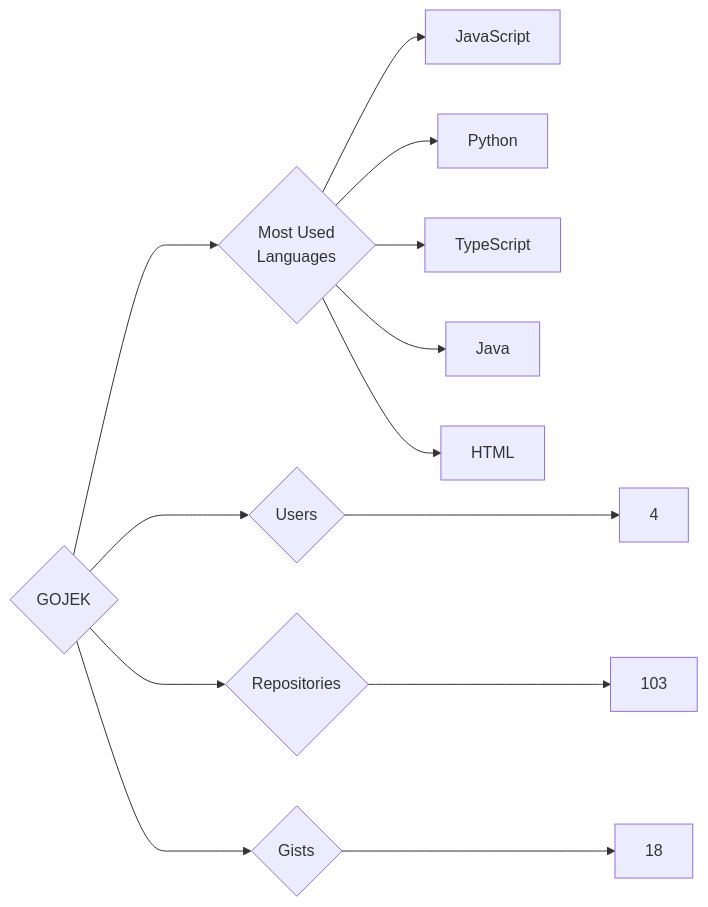
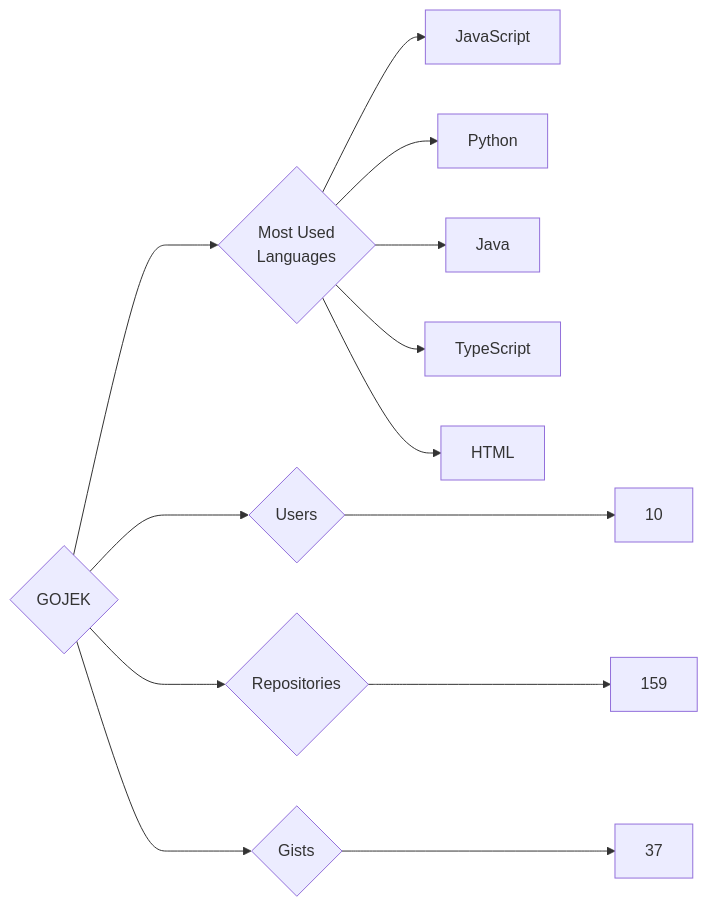
One commit to trickest/insiders changed the diagram in targets/GOJEK/README.md. Above: the diagram before and after it, drawn with Mermaid. The commit also changed 1175 other files, not shown here.

````diff
--- a/targets/GOJEK/README.md
+++ b/targets/GOJEK/README.md
@@ -3,13 +3,13 @@
 ```mermaid
 graph LR
 COMPANY_NAME{GOJEK}
-COMPANY_NAME ---> U{Users} ---> UN[4]
-COMPANY_NAME ---> R{Repositories} ---> RN[103]
-COMPANY_NAME ---> G{Gists} ---> GN[18]
+COMPANY_NAME ---> U{Users} ---> UN[10]
+COMPANY_NAME ---> R{Repositories} ---> RN[159]
+COMPANY_NAME ---> G{Gists} ---> GN[37]
 COMPANY_NAME ---> ML{Most Used<br>Languages}
 ML --> JavaScript[JavaScript]
 ML --> Python[Python]
+ML --> Java[Java]
 ML --> TypeScript[TypeScript]
-ML --> Java[Java]
 ML --> HTML[HTML]
 ```
````
